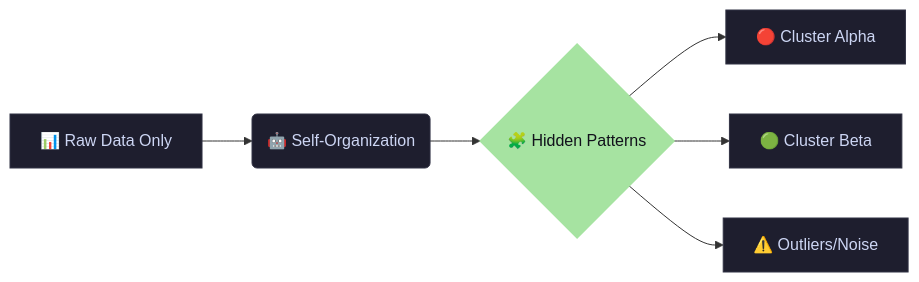
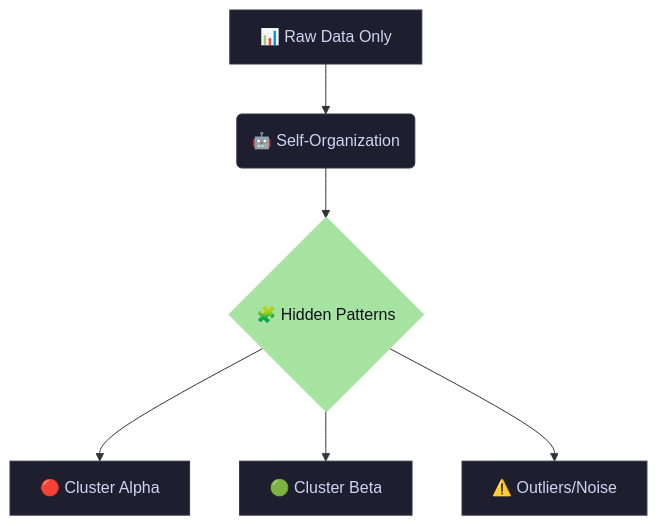
One commit to jingerlab/pibm_demo changed the second of 2 diagrams in slides.md. Above: the diagram before and after it, drawn with Mermaid. The commit also changed other lines of this file, not shown here.

````diff
--- a/slides.md
+++ b/slides.md
@@ -149,15 +149,15 @@
 ```mermaid
-graph LR
+graph TD
     %% Define Theme Style
     classDef default fill:#1e1e2e,stroke:#313244,stroke-width:1px,color:#cdd6f4;
     classDef discovery fill:#a6e3a1,stroke:#a6e3a1,stroke-width:2px,color:#11111b;
     
     X[📊 Raw Data Only] --> Y(🤖 Self-Organization)
     Y --> Z{🧩 Hidden Patterns}
     
     Z --> Z1[🔴 Cluster Alpha]
     Z --> Z2[🟢 Cluster Beta]
     Z --> Z3[⚠️ Outliers/Noise]
     
     class Z discovery;
 ```
````
